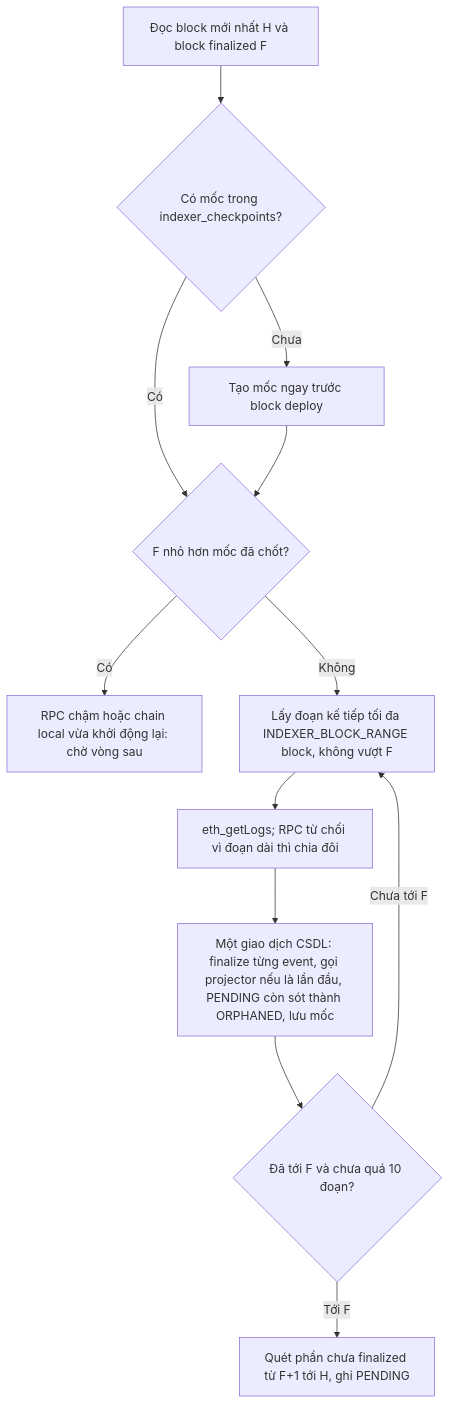
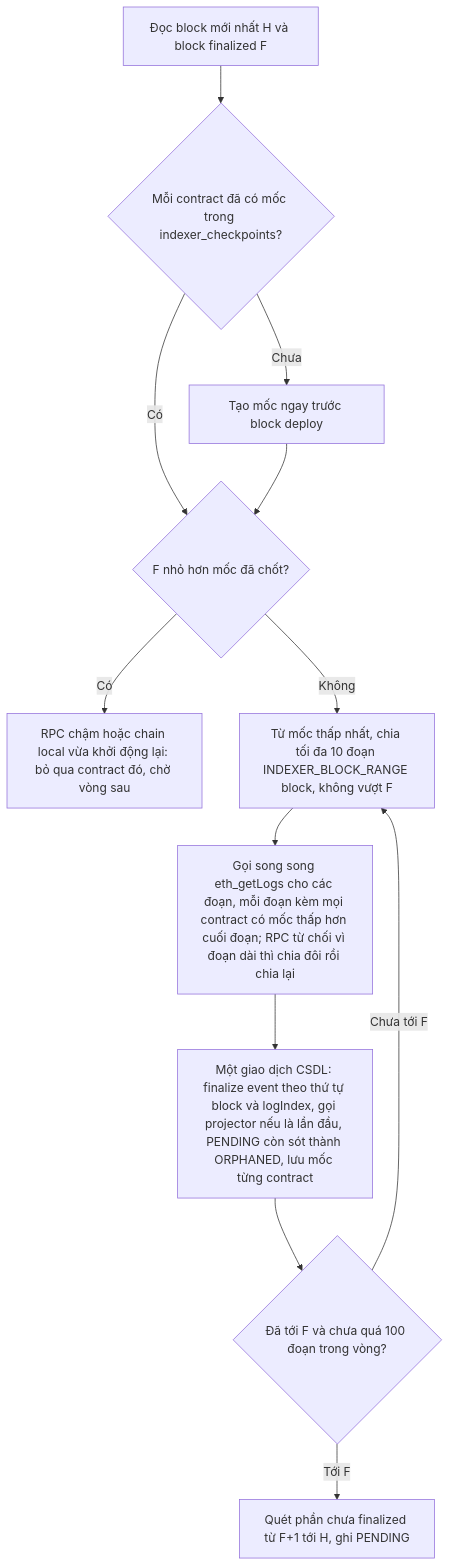
One commit to pngthanh/digital-product-passport changed the diagram in docs/m3-indexer.md. Above: the diagram before and after it, drawn with Mermaid. The commit also changed other lines of this file and 9 other files, not shown here.

Commit message:
fix(m3): indexer - one eth_getLogs for all contracts, parallel catch-up, progress log

````diff
--- a/docs/m3-indexer.md
+++ b/docs/m3-indexer.md
@@ -27,14 +28,14 @@
 ```mermaid
 flowchart TD
-    A[Đọc block mới nhất H và block finalized F] --> B{Có mốc trong indexer_checkpoints?}
+    A[Đọc block mới nhất H và block finalized F] --> B{Mỗi contract đã có mốc trong indexer_checkpoints?}
     B -- Chưa --> C[Tạo mốc ngay trước block deploy]
     B -- Có --> D
     C --> D{F nhỏ hơn mốc đã chốt?}
-    D -- Có --> E[RPC chậm hoặc chain local vừa khởi động lại: chờ vòng sau]
-    D -- Không --> G[Lấy đoạn kế tiếp tối đa INDEXER_BLOCK_RANGE block, không vượt F]
-    G --> H[eth_getLogs; RPC từ chối vì đoạn dài thì chia đôi]
-    H --> I[Một giao dịch CSDL: finalize từng event, gọi projector nếu là lần đầu, PENDING còn sót thành ORPHANED, lưu mốc]
-    I --> J{Đã tới F và chưa quá 10 đoạn?}
+    D -- Có --> E[RPC chậm hoặc chain local vừa khởi động lại: bỏ qua contract đó, chờ vòng sau]
+    D -- Không --> G[Từ mốc thấp nhất, chia tối đa 10 đoạn INDEXER_BLOCK_RANGE block, không vượt F]
+    G --> H[Gọi song song eth_getLogs cho các đoạn, mỗi đoạn kèm mọi contract có mốc thấp hơn cuối đoạn; RPC từ chối vì đoạn dài thì chia đôi rồi chia lại]
+    H --> I[Một giao dịch CSDL: finalize event theo thứ tự block và logIndex, gọi projector nếu là lần đầu, PENDING còn sót thành ORPHANED, lưu mốc từng contract]
+    I --> J{Đã tới F và chưa quá 100 đoạn trong vòng?}
     J -- Chưa tới F --> G
     J -- Tới F --> K[Quét phần chưa finalized từ F+1 tới H, ghi PENDING]
 ```
````
